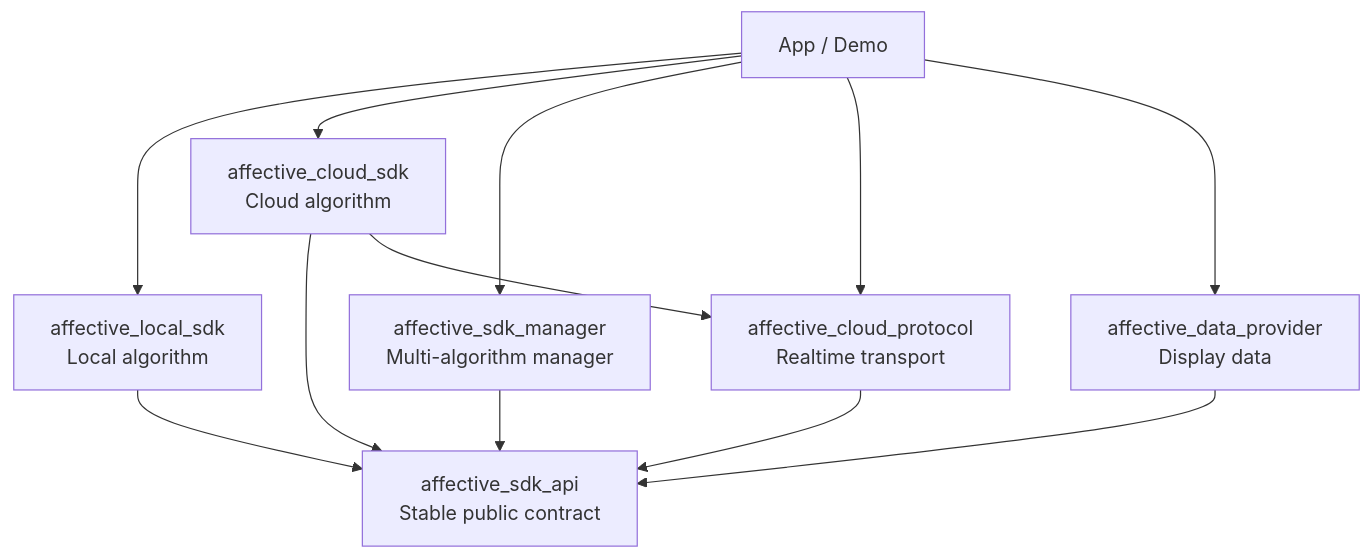
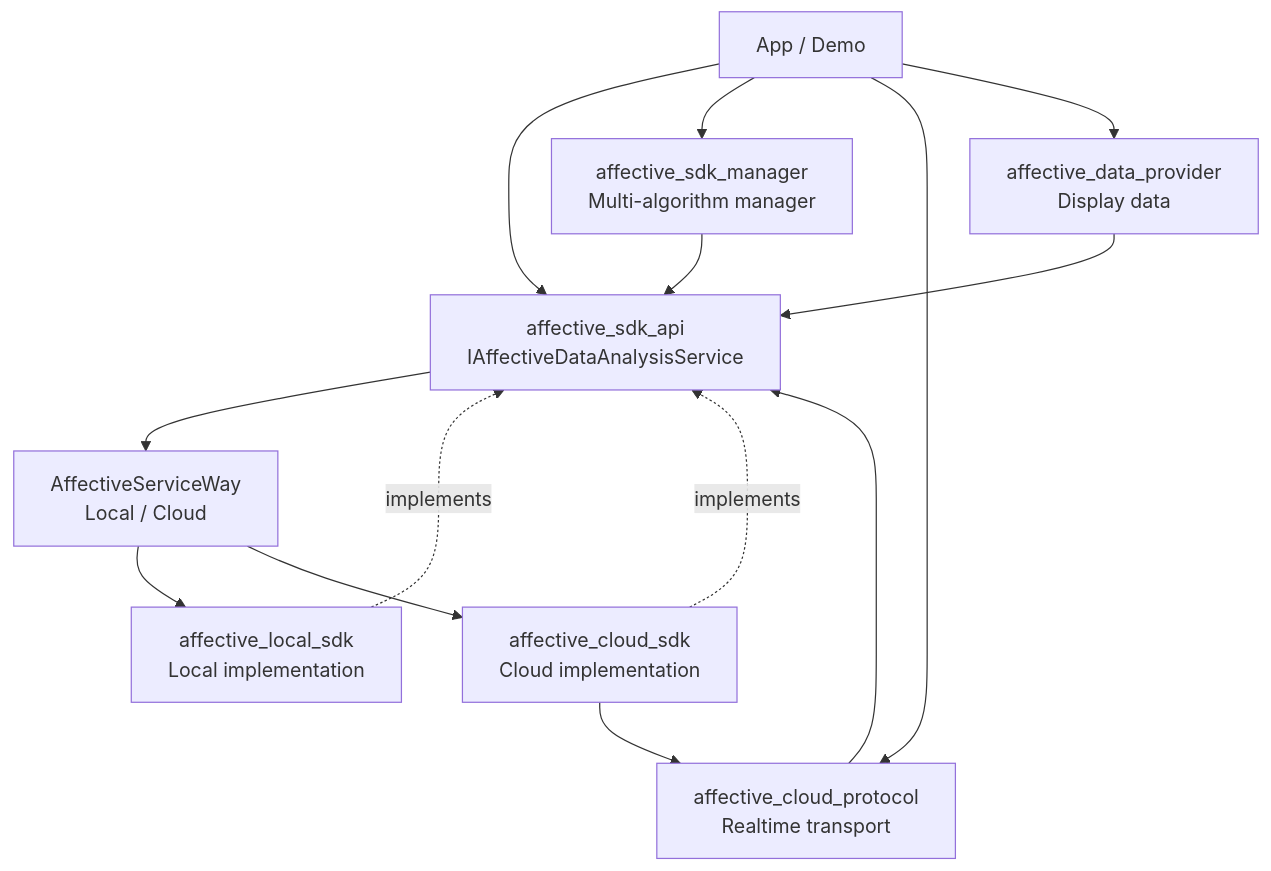
The diagram in README_EN.md (Entertech/Enter-AffectiveCloud-Android-SDK), drawn with Mermaid before and after one commit. The commit also changed other lines of this file and 1 other file, not shown here.

Commit message:
[codex] docs: clarify unified affective service API

````diff
--- a/README_EN.md
+++ b/README_EN.md
@@ -47,14 +48,16 @@
 ```mermaid
 flowchart TD
-    App["App / Demo"] --> Local["affective_local_sdk<br/>Local algorithm"]
-    App --> Cloud["affective_cloud_sdk<br/>Cloud algorithm"]
+    App["App / Demo"] --> API["affective_sdk_api<br/>IAffectiveDataAnalysisService"]
+    API --> Way["AffectiveServiceWay<br/>Local / Cloud"]
+    Way --> Local["affective_local_sdk<br/>Local implementation"]
+    Way --> Cloud["affective_cloud_sdk<br/>Cloud implementation"]
     App --> Manager["affective_sdk_manager<br/>Multi-algorithm manager"]
     App --> Protocol["affective_cloud_protocol<br/>Realtime transport"]
     App --> Provider["affective_data_provider<br/>Display data"]
-    Local --> API["affective_sdk_api<br/>Stable public contract"]
-    Cloud --> API
+    Manager --> API
+    Local -. implements .-> API
+    Cloud -. implements .-> API
     Cloud --> Protocol
-    Manager --> API
     Protocol --> API
     Provider --> API
 ```
````
